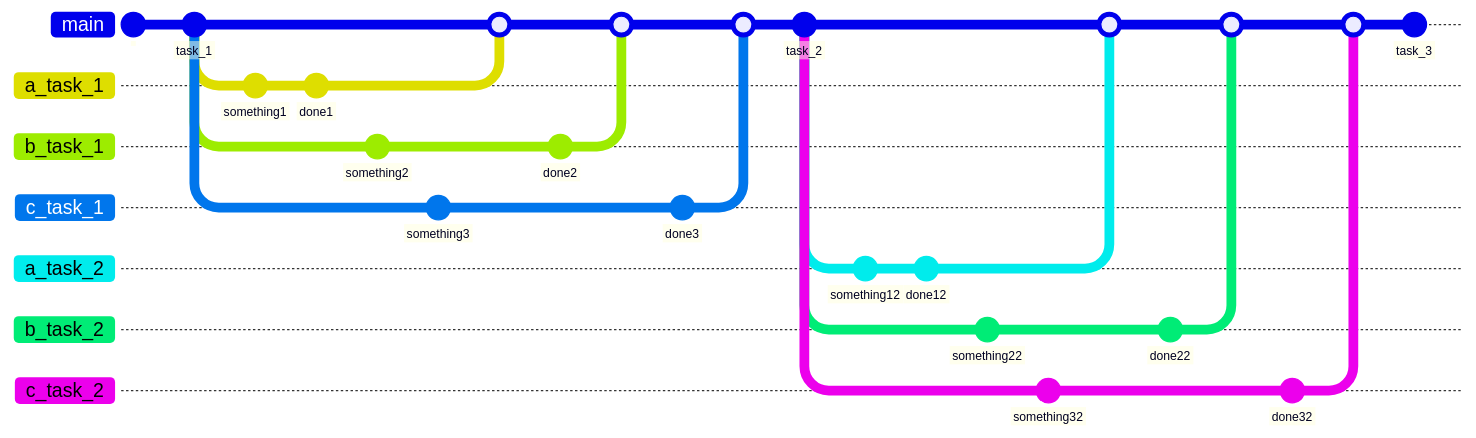
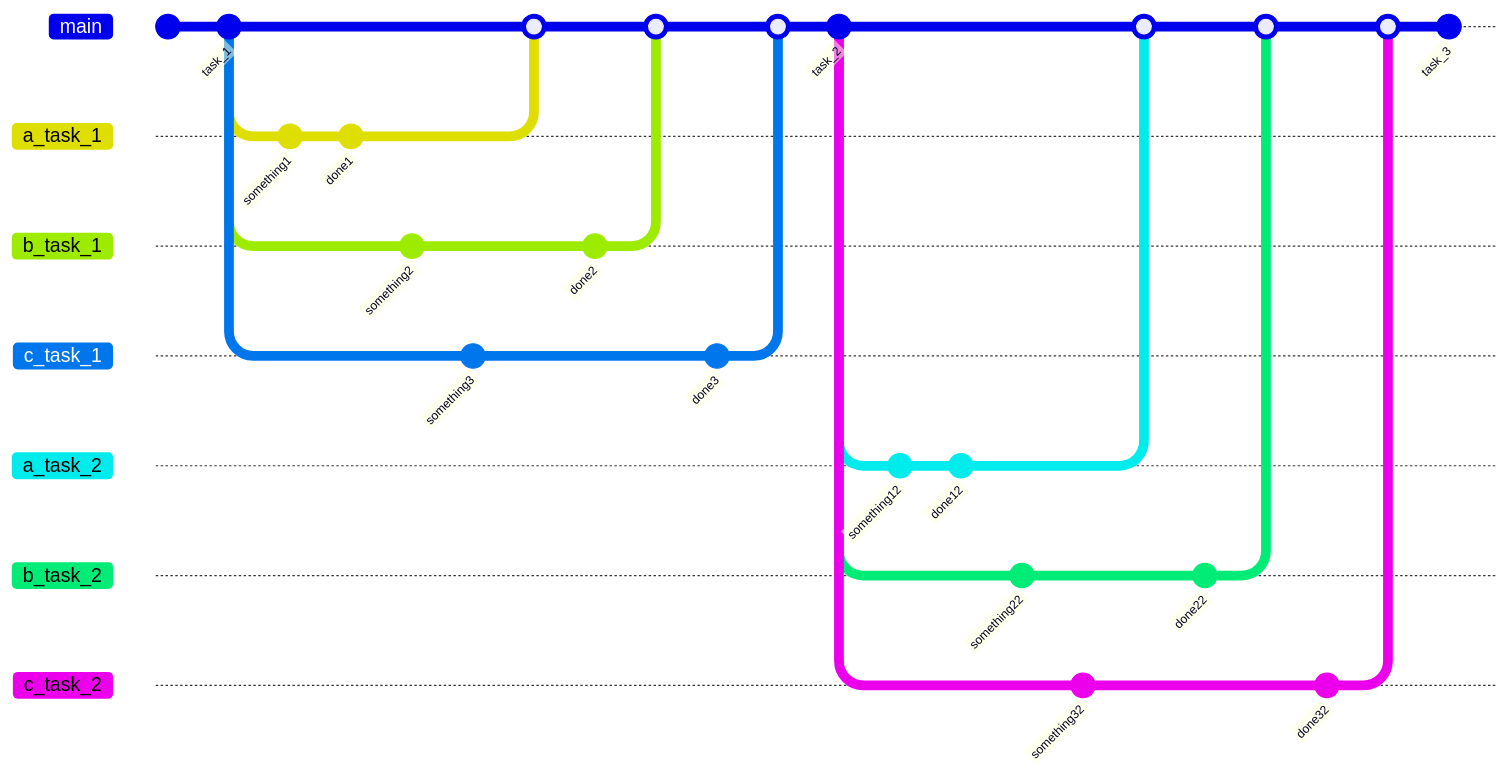
Before and after one commit to HSE-algo-23-crow/docs: the first of 2 diagrams in Описание структуры ветвления ручных и программных задач.md, drawn with Mermaid.

````diff
--- a/Описание структуры ветвления ручных и программных задач.md
+++ b/Описание структуры ветвления ручных и программных задач.md
@@ -8,48 +8,47 @@
 ```mermaid
-%%{init: {'gitGraph': {'rotateCommitLabel': false}}}%%
 gitGraph
     commit id:" "
     commit id:"task_1"
     branch a_task_1
     branch b_task_1
     branch c_task_1
     checkout a_task_1
     commit id:"something1"
     commit id:"done1"
     checkout b_task_1
     commit id:"something2"
     checkout c_task_1
     commit id:"something3"
     checkout main
     merge a_task_1
     checkout b_task_1
     commit id:"done2"
     checkout main
     merge b_task_1
     checkout c_task_1
     commit id:"done3"
     checkout main
     merge c_task_1
     commit id:"task_2"
     branch a_task_2
     branch b_task_2
     branch c_task_2
     checkout a_task_2
     commit id:"something12"
     commit id:"done12"
     checkout b_task_2
     commit id:"something22"
     checkout c_task_2
     commit id:"something32"
     checkout main
     merge a_task_2
     checkout b_task_2
     commit id:"done22"
     checkout main
     merge b_task_2
     checkout c_task_2
     commit id:"done32"
     checkout main
     merge c_task_2
     commit id:"task_3"
 ```
````
